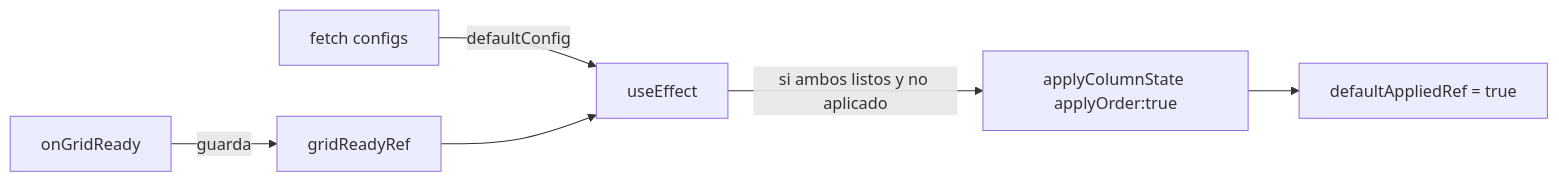
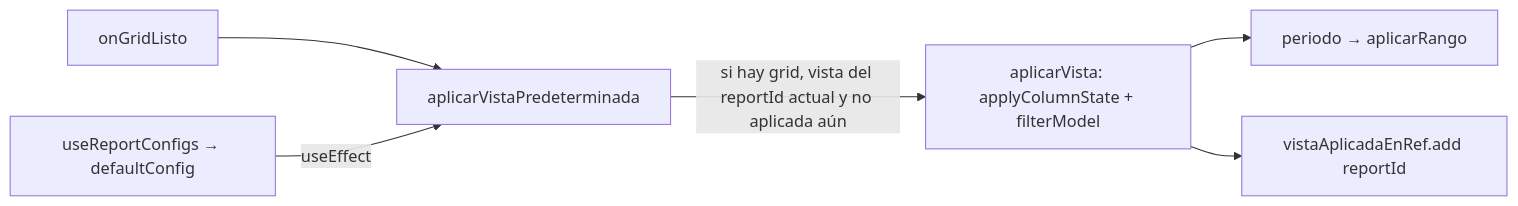
One commit to 99-Soluciones/rep-gen changed the third of 3 diagrams in docs/jira/tasks/11-config-columnas.md. Above: the diagram before and after it, drawn with Mermaid. The commit also changed other lines of this file and 9 other files, not shown here.

````diff
--- a/docs/jira/tasks/11-config-columnas.md
+++ b/docs/jira/tasks/11-config-columnas.md
@@ -224,8 +224,8 @@
 ```mermaid
 flowchart LR
-  A[onGridReady] -->|guarda| R1[gridReadyRef]
-  B[fetch configs] -->|defaultConfig| EFF[useEffect]
-  R1 --> EFF
-  EFF -->|si ambos listos y no aplicado| APP[applyColumnState applyOrder:true]
-  APP --> R2[defaultAppliedRef = true]
+  A[onGridListo] --> AVP[aplicarVistaPredeterminada]
+  B[useReportConfigs → defaultConfig] -->|useEffect| AVP
+  AVP -->|si hay grid, vista del reportId actual y no aplicada aún| APP[aplicarVista: applyColumnState + filterModel]
+  APP --> P[periodo → aplicarRango]
+  APP --> R[vistaAplicadaEnRef.add reportId]
 ```
````
